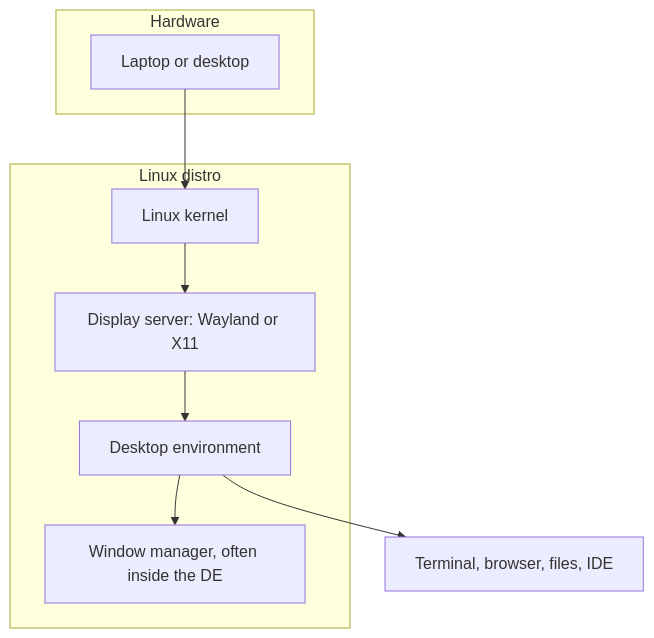
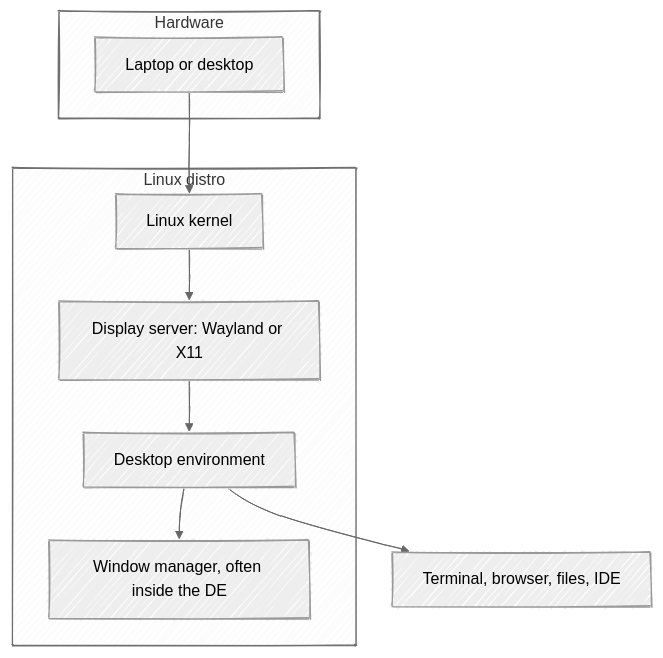
Before and after one commit to amitsk/learning-linux: the diagram in docs/03-linux-distributions.md, drawn with Mermaid. The commit also changed 4 other files, not shown here.

````diff
--- a/docs/03-linux-distributions.md
+++ b/docs/03-linux-distributions.md
@@ -81,15 +81,20 @@
 ```mermaid
+---
+config:
+  look: handDrawn
+  theme: neutral
+---
 flowchart TB
   subgraph Hardware
     HW[Laptop or desktop]
   end
   subgraph OS["Linux distro"]
     Kernel[Linux kernel]
     Display[Display server: Wayland or X11]
     DE[Desktop environment]
     WM[Window manager, often inside the DE]
   end
   HW --> Kernel --> Display --> DE
   DE --> WM
   DE --> Apps[Terminal, browser, files, IDE]
 ```
````
